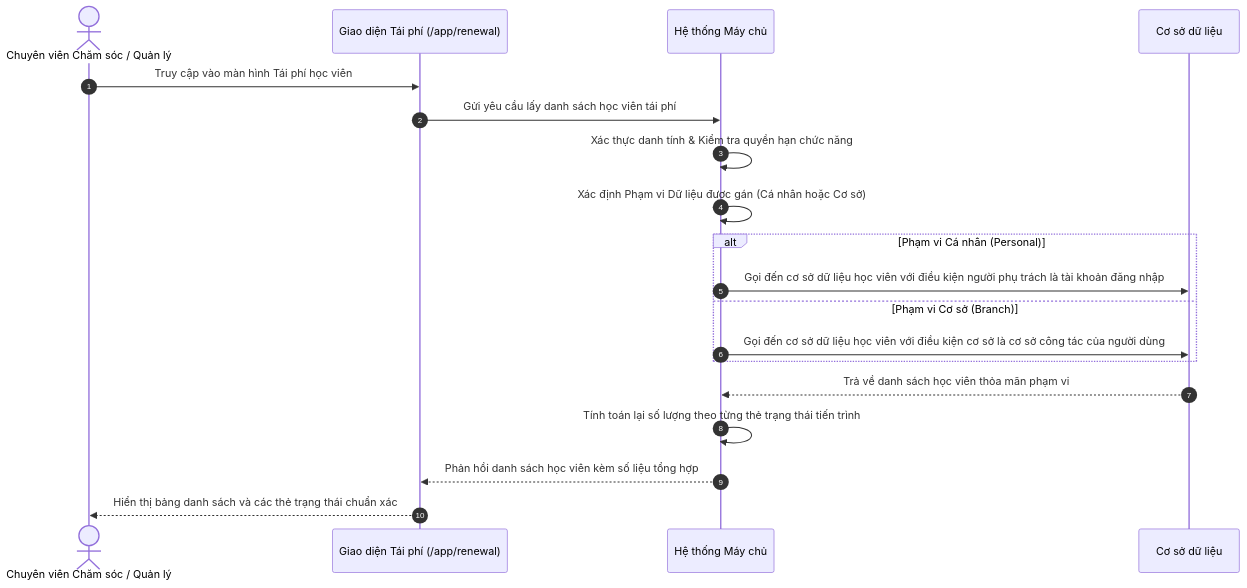
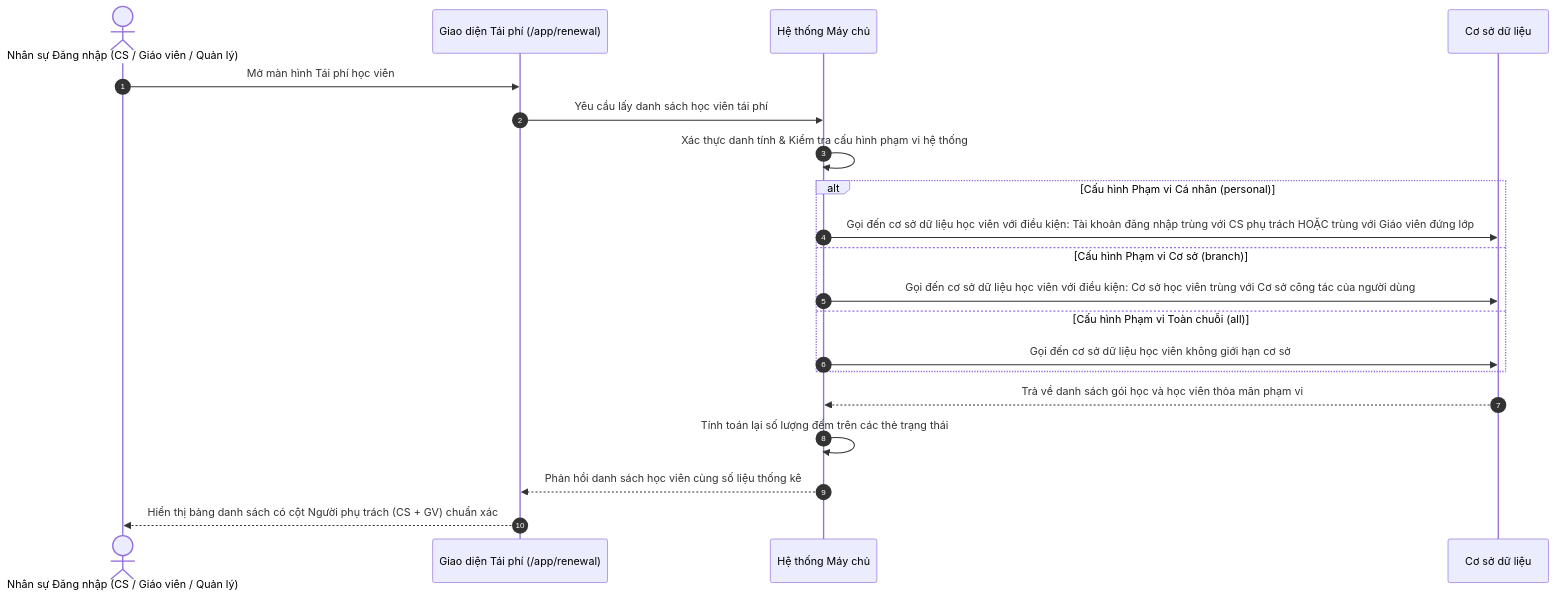
One commit to Gasyone/rinov5-station changed the diagram in docs/00-business/US-CARE-02-01-phan-quyen-va-pham-vi-du-lieu-tai-phi.md. Above: the diagram before and after it, drawn with Mermaid. The commit also changed other lines of this file and 63 other files, not shown here.

````diff
--- a/docs/00-business/US-CARE-02-01-phan-quyen-va-pham-vi-du-lieu-tai-phi.md
+++ b/docs/00-business/US-CARE-02-01-phan-quyen-va-pham-vi-du-lieu-tai-phi.md
@@ -76,22 +78,23 @@
 ```mermaid
 sequenceDiagram
     autonumber
-    actor Staff as Chuyên viên Chăm sóc / Quản lý
+    actor User as Nhân sự Đăng nhập (CS / Giáo viên / Quản lý)
     participant UI as Giao diện Tái phí (/app/renewal)
     participant Server as Hệ thống Máy chủ
     participant DB as Cơ sở dữ liệu
 
-    Staff->>UI: Truy cập vào màn hình Tái phí học viên
-    UI->>Server: Gửi yêu cầu lấy danh sách học viên tái phí
-    Server->>Server: Xác thực danh tính & Kiểm tra quyền hạn chức năng
-    Server->>Server: Xác định Phạm vi Dữ liệu được gán (Cá nhân hoặc Cơ sở)
-    alt Phạm vi Cá nhân (Personal)
-        Server->>DB: Gọi đến cơ sở dữ liệu học viên với điều kiện người phụ trách là tài khoản đăng nhập
-    else Phạm vi Cơ sở (Branch)
-        Server->>DB: Gọi đến cơ sở dữ liệu học viên với điều kiện cơ sở là cơ sở công tác của người dùng
+    User->>UI: Mở màn hình Tái phí học viên
+    UI->>Server: Yêu cầu lấy danh sách học viên tái phí
+    Server->>Server: Xác thực danh tính & Kiểm tra cấu hình phạm vi hệ thống
+    alt Cấu hình Phạm vi Cá nhân (personal)
+        Server->>DB: Gọi đến cơ sở dữ liệu học viên với điều kiện: Tài khoản đăng nhập trùng với CS phụ trách HOẶC trùng với Giáo viên đứng lớp
+    else Cấu hình Phạm vi Cơ sở (branch)
+        Server->>DB: Gọi đến cơ sở dữ liệu học viên với điều kiện: Cơ sở học viên trùng với Cơ sở công tác của người dùng
+    else Cấu hình Phạm vi Toàn chuỗi (all)
+        Server->>DB: Gọi đến cơ sở dữ liệu học viên không giới hạn cơ sở
     end
-    DB-->>Server: Trả về danh sách học viên thỏa mãn phạm vi
-    Server->>Server: Tính toán lại số lượng theo từng thẻ trạng thái tiến trình
-    Server-->>UI: Phản hồi danh sách học viên kèm số liệu tổng hợp
-    UI-->>Staff: Hiển thị bảng danh sách và các thẻ trạng thái chuẩn xác
+    DB-->>Server: Trả về danh sách gói học và học viên thỏa mãn phạm vi
+    Server->>Server: Tính toán lại số lượng đếm trên các thẻ trạng thái
+    Server-->>UI: Phản hồi danh sách học viên cùng số liệu thống kê
+    UI-->>User: Hiển thị bảng danh sách có cột Người phụ trách (CS + GV) chuẩn xác
 ```
````
